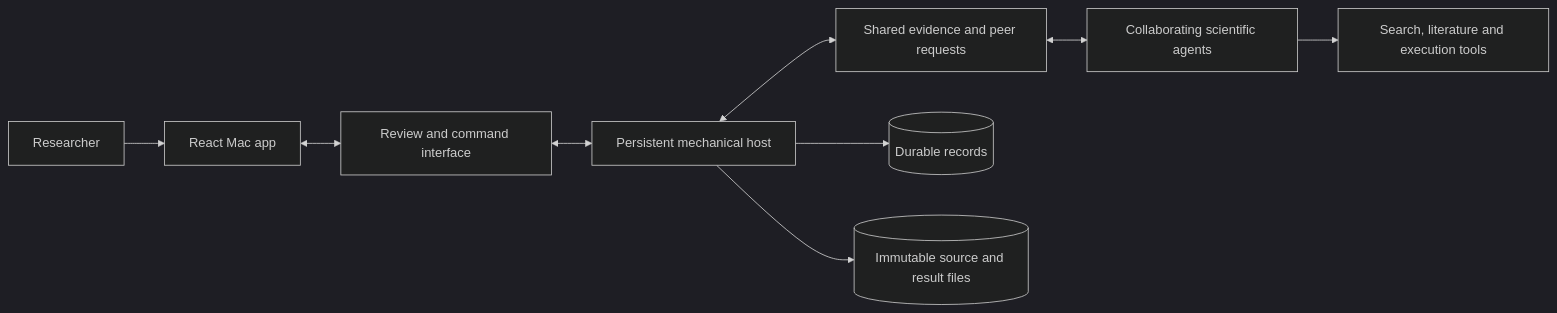
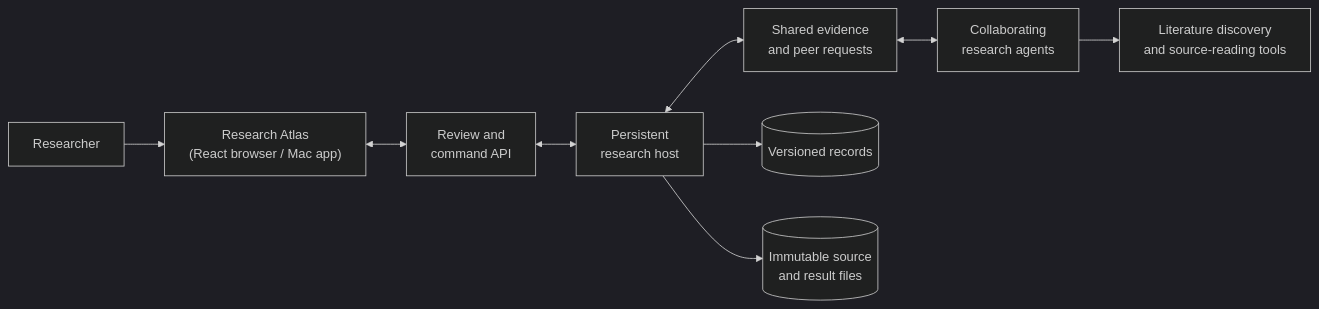
Before and after one commit to anupsharma555/opensource-research-agents: the diagram in README.md, drawn with Mermaid (dark theme). The commit also changed other lines of this file and 270 other files, not shown here.

First line of the commit message:
Publish Research Atlas workspace and project overview (#4)

````diff
--- a/README.md
+++ b/README.md
@@ -80,11 +119,11 @@
 ```mermaid
 flowchart LR
-  Researcher --> App[React Mac app]
-  App <--> API[Review and command interface]
-  API <--> Host[Persistent mechanical host]
-  Host <--> Board[Shared evidence and peer requests]
-  Board <--> Peers[Collaborating scientific agents]
-  Peers --> Sources[Search, literature and execution tools]
-  Host --> State[(Durable records)]
-  Host --> Evidence[(Immutable source and result files)]
+  Researcher --> Atlas["Research Atlas<br/>(React browser / Mac app)"]
+  Atlas <--> API["Review and<br/>command API"]
+  API <--> Host["Persistent<br/>research host"]
+  Host <--> Board["Shared evidence<br/>and peer requests"]
+  Board <--> Peers["Collaborating<br/>research agents"]
+  Peers --> Tools["Literature discovery<br/>and source-reading tools"]
+  Host --> State[(Versioned records)]
+  Host --> Evidence[(Immutable source<br/>and result files)]
 ```
````
